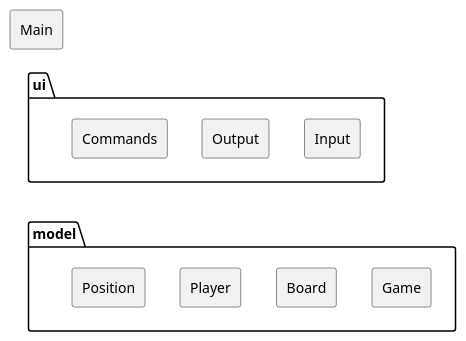
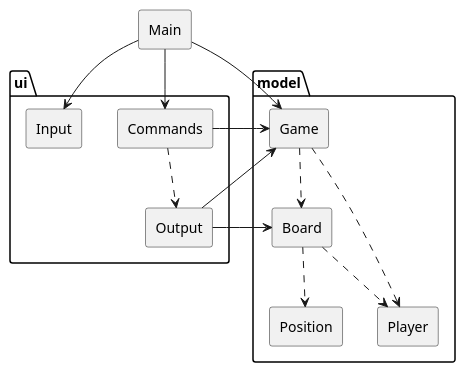
Before and after one commit to isel-leic-tds/2425i.32d: the diagram in TTT/src/main/kotlin/isel/leic/tds/ttt/modules.puml, drawn with PlantUML. The commit also changed 6 other files, not shown here.

```diff
--- a/TTT/src/main/kotlin/isel/leic/tds/ttt/modules.puml
+++ b/TTT/src/main/kotlin/isel/leic/tds/ttt/modules.puml
@@ -1,41 +1,40 @@
 @startuml
 
 skinparam componentStyle rectangle
 
 [Main]
 
 package ui {
   [Input]
-  [Output]
-  [Commands]
+  [Commands] ..> [Output]
 }
 
 package model {
-  [Game]
-  [Board]
-  [Player]
-  [Position]
+  [Game] ..> [Board]
+  [Board] ..> [Player]
+  [Board] ..> [Position]
+  [Game] ..> [Player]
 }
 
 
 
 
 
 
 
-[Main] -[hidden]- ui
-ui -[hidden]- model
+'[Main] -[hidden]- ui
+'ui -[hidden]- model
 
 
 
 
-/' Relações de Acoplamento
+' Relações de Acoplamento
 [Main] --> [Input]
 [Main] --> [Commands]
 [Main] --> [Game]
 [Commands] -> [Game]
 [Output] -up-> [Game]
 [Output] -> [Board]
-´/
+
 
 @enduml
```
